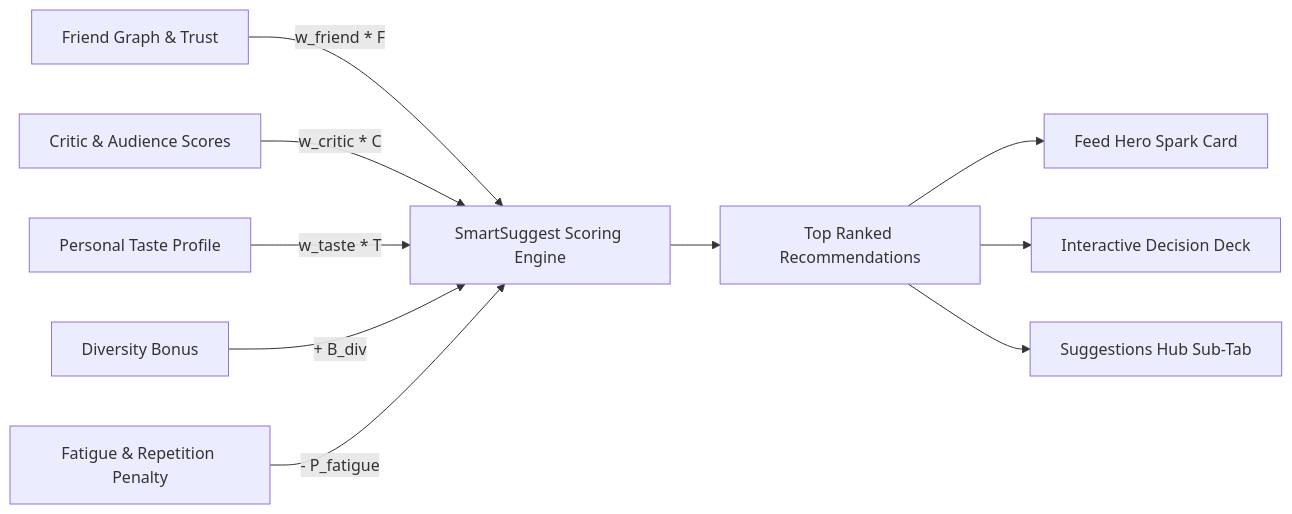
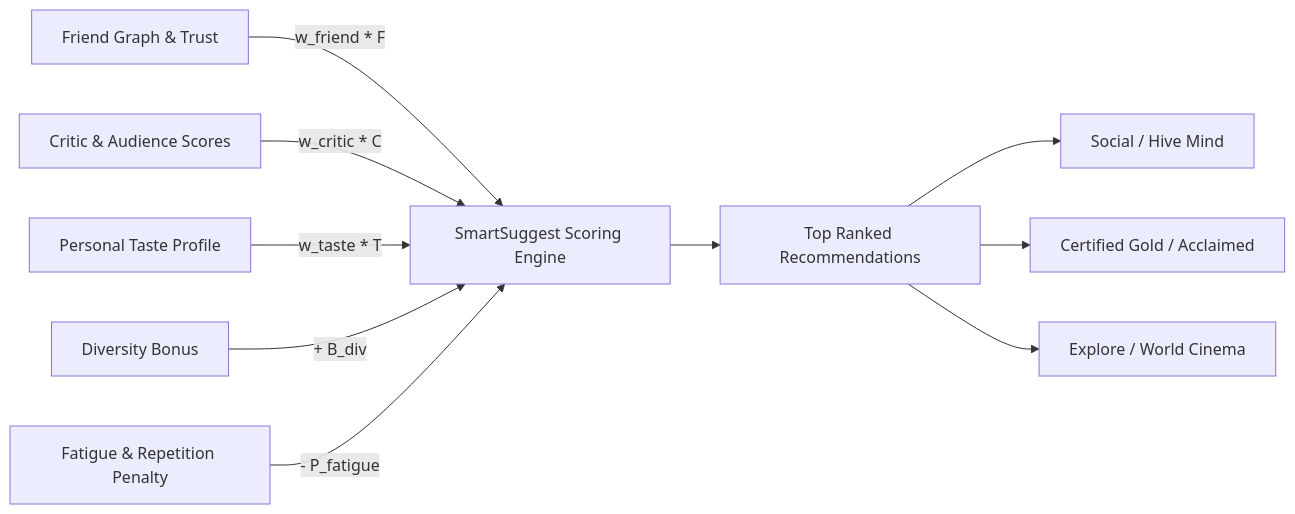
The third of 3 diagrams in docs/FEATURES_AND_LOGIC_WIKI.md (dasamantaraoaditya/WatchHive-Backend), drawn with Mermaid before and after one commit. The commit also changed other lines of this file and 3 other files, not shown here.

````diff
--- a/docs/FEATURES_AND_LOGIC_WIKI.md
+++ b/docs/FEATURES_AND_LOGIC_WIKI.md
@@ -184,13 +305,13 @@
 ```mermaid
 flowchart LR
     A[Friend Graph & Trust] -->|w_friend * F| S[SmartSuggest Scoring Engine]
     B[Critic & Audience Scores] -->|w_critic * C| S
     C[Personal Taste Profile] -->|w_taste * T| S
     D[Diversity Bonus] -->|+ B_div| S
     E[Fatigue & Repetition Penalty] -->|- P_fatigue| S
     
     S --> TopPicks[Top Ranked Recommendations]
-    TopPicks --> F1[Feed Hero Spark Card]
-    TopPicks --> F2[Interactive Decision Deck]
-    TopPicks --> F3[Suggestions Hub Sub-Tab]
+    TopPicks --> M1[Social / Hive Mind]
+    TopPicks --> M2[Certified Gold / Acclaimed]
+    TopPicks --> M3[Explore / World Cinema]
 ```
````
